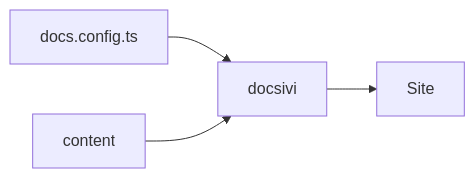
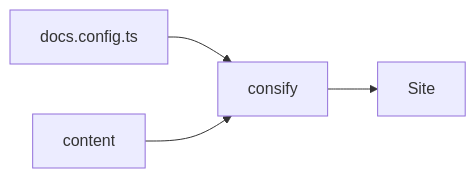
The first of 2 diagrams in apps/docs/content/docs/v0/writing/math-and-diagrams.mdx (shiz-ceo/consify), drawn with Mermaid before and after one commit. The commit also changed 158 other files, not shown here.

First line of the commit message:
Rename the project from docsivi to consify

````diff
--- a/apps/docs/content/docs/v0/writing/math-and-diagrams.mdx
+++ b/apps/docs/content/docs/v0/writing/math-and-diagrams.mdx
@@ -29,6 +29,6 @@
 ```mermaid
 flowchart LR
-  A[docs.config.ts] --> B[docsivi]
+  A[docs.config.ts] --> B[consify]
   C[content] --> B
   B --> D[Site]
 ```
````
